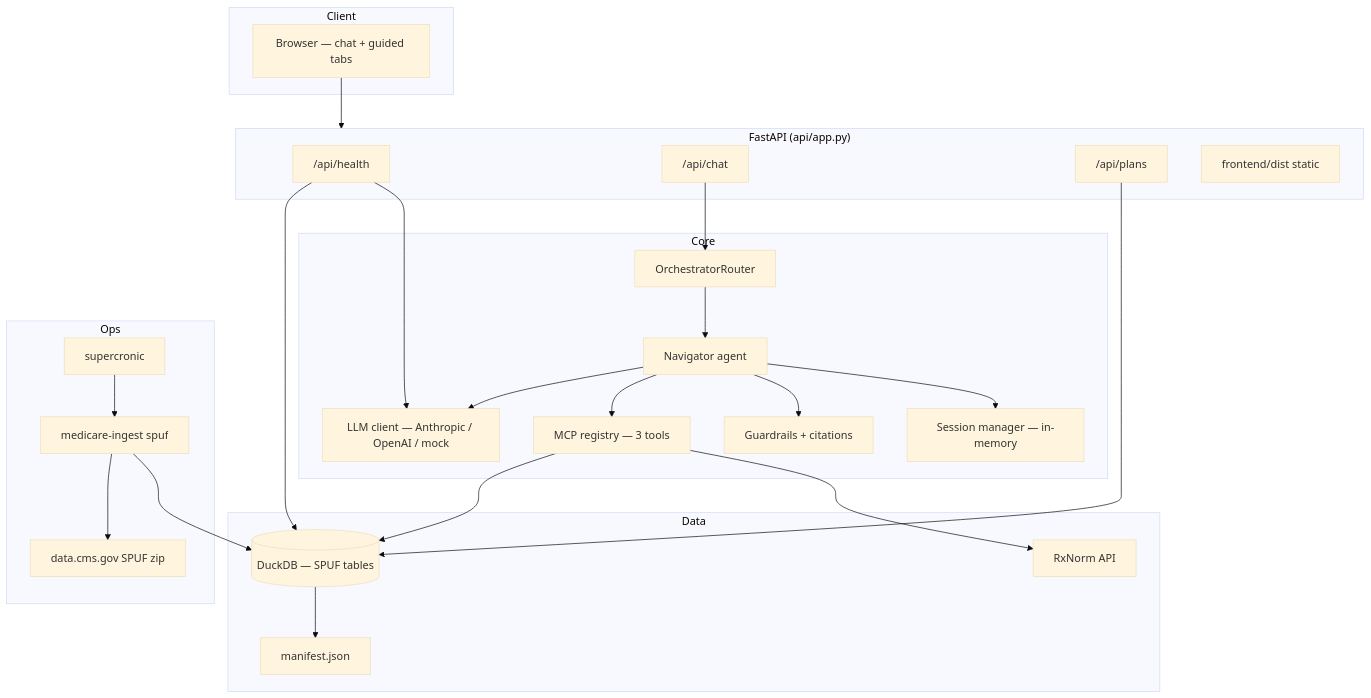
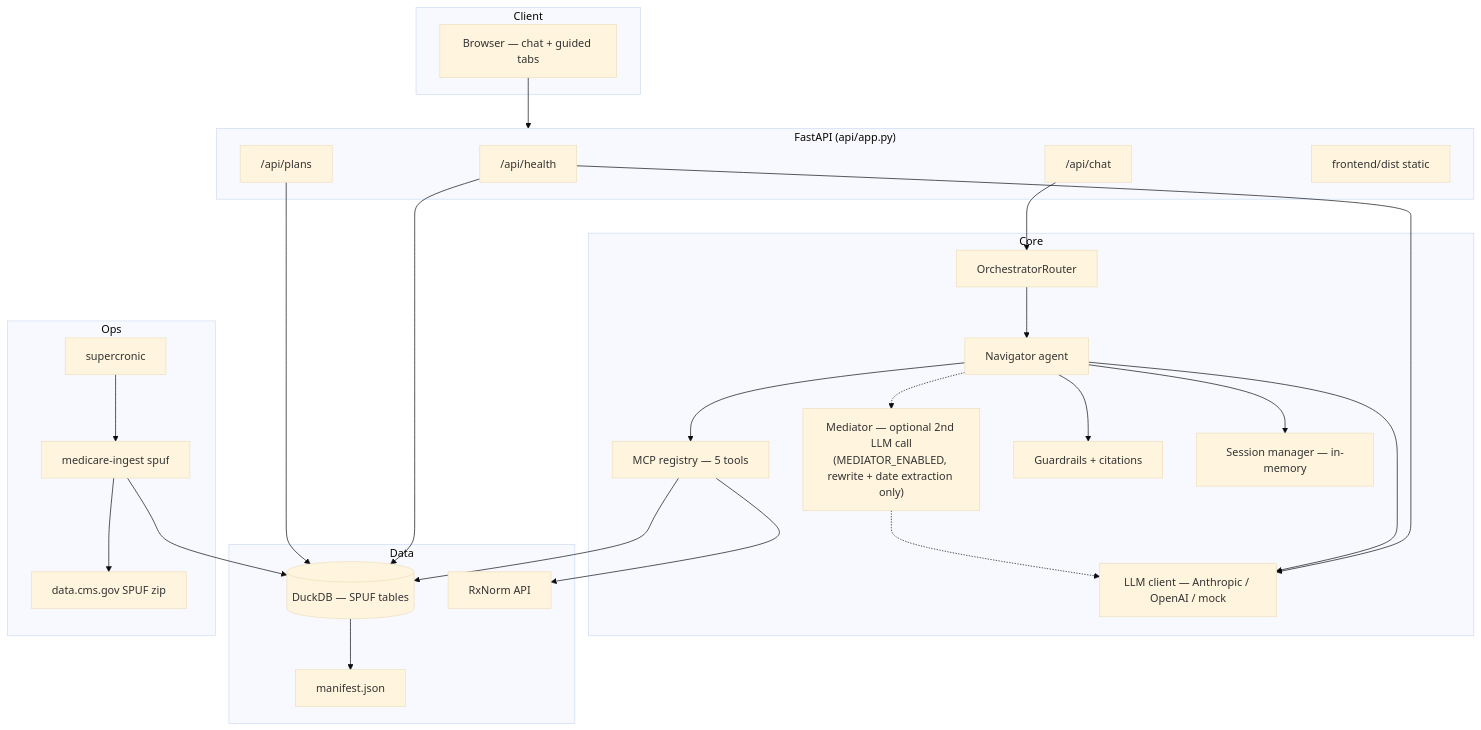
Before and after one commit to SreeCodes2021/Medicare-drug-cost-navigator: the first of 8 diagrams in docs/technical-notes.md, drawn with Mermaid (base theme). The commit also changed other lines of this file and 104 other files, not shown here.

````diff
--- a/docs/technical-notes.md
+++ b/docs/technical-notes.md
@@ -117,49 +118,52 @@
 ```mermaid
 flowchart TB
     subgraph Client
         Browser[Browser — chat + guided tabs]
     end
 
     subgraph API["FastAPI (api/app.py)"]
         Health["/api/health"]
         Chat["/api/chat"]
         Plans["/api/plans"]
         Static["frontend/dist static"]
     end
 
     subgraph Core
         Orch[OrchestratorRouter]
+        Med["Mediator — optional 2nd LLM call\n(MEDIATOR_ENABLED, rewrite + date extraction only)"]
         Nav[Navigator agent]
         LLM[LLM client — Anthropic / OpenAI / mock]
-        MCP[MCP registry — 3 tools]
+        MCP[MCP registry — 5 tools]
         Guard[Guardrails + citations]
         Session[Session manager — in-memory]
     end
 
     subgraph Data
         DuckDB[(DuckDB — SPUF tables)]
         RxNorm[RxNorm API]
         Manifest[manifest.json]
     end
 
     subgraph Ops
         Cron[supercronic]
         Ingest[medicare-ingest spuf]
         CMS[data.cms.gov SPUF zip]
     end
 
     Browser --> API
     Chat --> Orch --> Nav
+    Nav -.-> Med
+    Med -.-> LLM
     Nav --> LLM
     Nav --> MCP
     Nav --> Guard
     Nav --> Session
     MCP --> DuckDB
     MCP --> RxNorm
     DuckDB --> Manifest
     Cron --> Ingest --> CMS
     Ingest --> DuckDB
     Plans --> DuckDB
     Health --> DuckDB
     Health --> LLM
 ```
````
